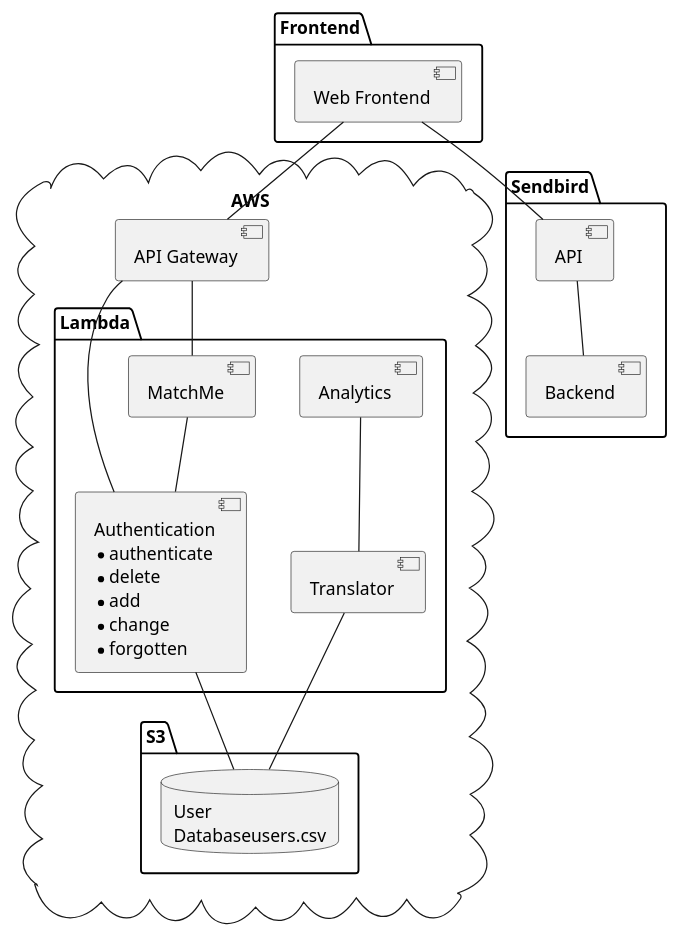
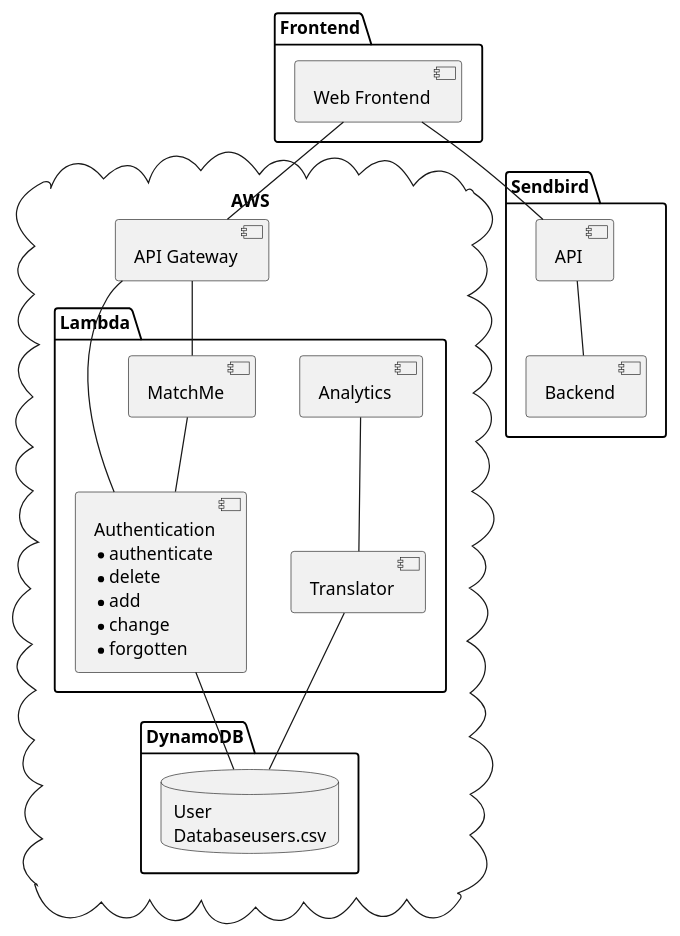
The diagram in documentation/Overview.puml (sceneo/matchmaking), drawn with PlantUML before and after one commit. The commit also changed 11 other files, not shown here.

```diff
--- a/documentation/Overview.puml
+++ b/documentation/Overview.puml
@@ -1,42 +1,42 @@
 @startuml
 
 cloud "AWS" {
 	
 	component "API Gateway" as api
 	
-	package "S3" {
+	package "DynamoDB" {
 		database "User\nDatabaseusers.csv" as db
 	}
 	
 	package "Lambda" {
 		component "Authentication\n* authenticate\n* delete\n* add\n* change\n* forgotten" as auth
 		component "Analytics" as analytics
 		component "MatchMe" as matchme
 		component "Translator" as trans
 	}
 	auth -- db
 	matchme -- auth
 	trans -- db
 	analytics -- trans
 }
 
 package "Frontend" {
 	component "Web Frontend" as web
 
 }
 
 package "Sendbird" {
 	component "API" as apisendbird
 	component "Backend" as backend
 	
 	backend -u- apisendbird
 }
 
 
 
 web -d- api
 web -d- apisendbird
 api -d- matchme
 api -d- auth
 
 @enduml
```
